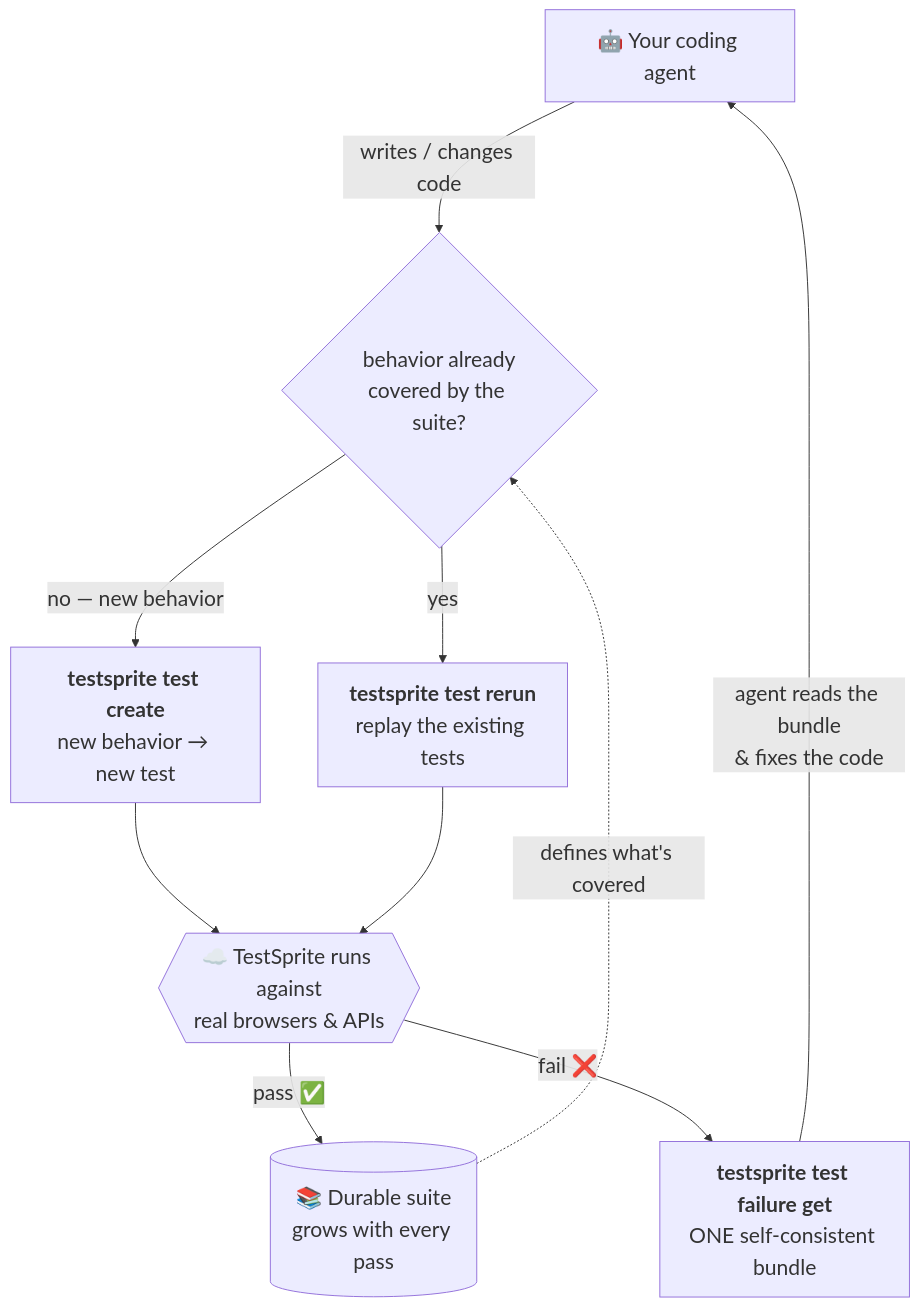
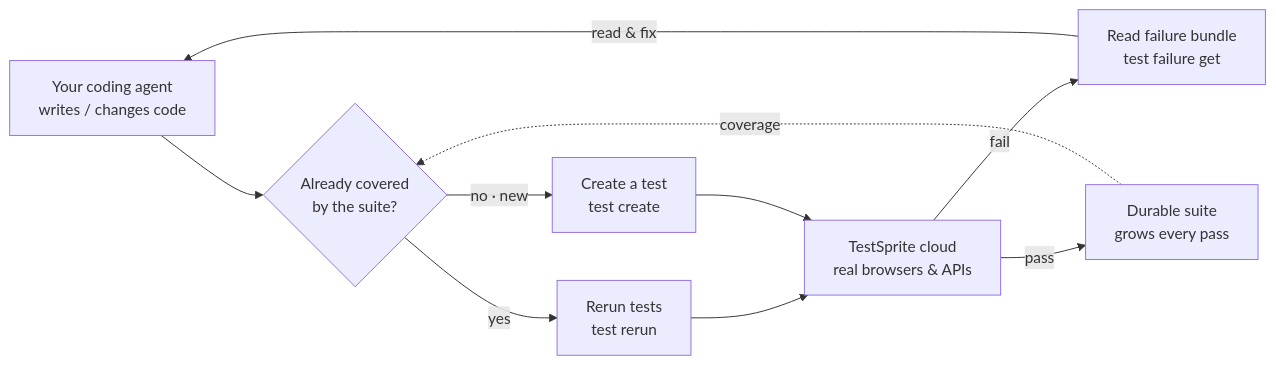
One commit to TestSprite/Docs changed the diagram in cli/concepts/the-agent-loop.mdx. Above: the diagram before and after it, drawn with Mermaid. The commit also changed other lines of this file and 52 other files, not shown here.

````diff
--- a/cli/concepts/the-agent-loop.mdx
+++ b/cli/concepts/the-agent-loop.mdx
@@ -11,21 +9,12 @@
 ```mermaid
-%%{init: {'flowchart': {'nodeSpacing': 60, 'rankSpacing': 70}, 'themeVariables': {'fontSize': '22px'}}}%%
-flowchart TD
-    A["🤖 Your coding agent"]
-    D{"behavior already<br/>covered by the suite?"}
-    B["<b>testsprite test create</b><br/>new behavior → new test"]
-    R["<b>testsprite test rerun</b><br/>replay the existing tests"]
-    C{{"☁️ TestSprite runs against<br/>real browsers & APIs"}}
-    F["<b>testsprite test failure get</b><br/>ONE self-consistent bundle"]
-    S[("📚 Durable suite<br/>grows with every pass")]
-
-    A -->|"writes / changes code"| D
-    D -->|"no — new behavior"| B
-    D -->|"yes"| R
-    B --> C
-    R --> C
-    C -->|"pass ✅"| S
-    C -->|"fail ❌"| F
-    F -->|"agent reads the bundle<br/>& fixes the code"| A
-    S -.->|"defines what's covered"| D
+flowchart LR
+    A["Your coding agent<br/>writes / changes code"] --> B{"Already covered<br/>by the suite?"}
+    B -->|yes| C["Rerun tests<br/>test rerun"]
+    B -->|"no · new"| D["Create a test<br/>test create"]
+    C --> E["TestSprite cloud<br/>real browsers & APIs"]
+    D --> E
+    E -->|fail| F["Read failure bundle<br/>test failure get"]
+    E -->|pass| G["Durable suite<br/>grows every pass"]
+    F -->|"read & fix"| A
+    G -.->|coverage| B
 ```
````
